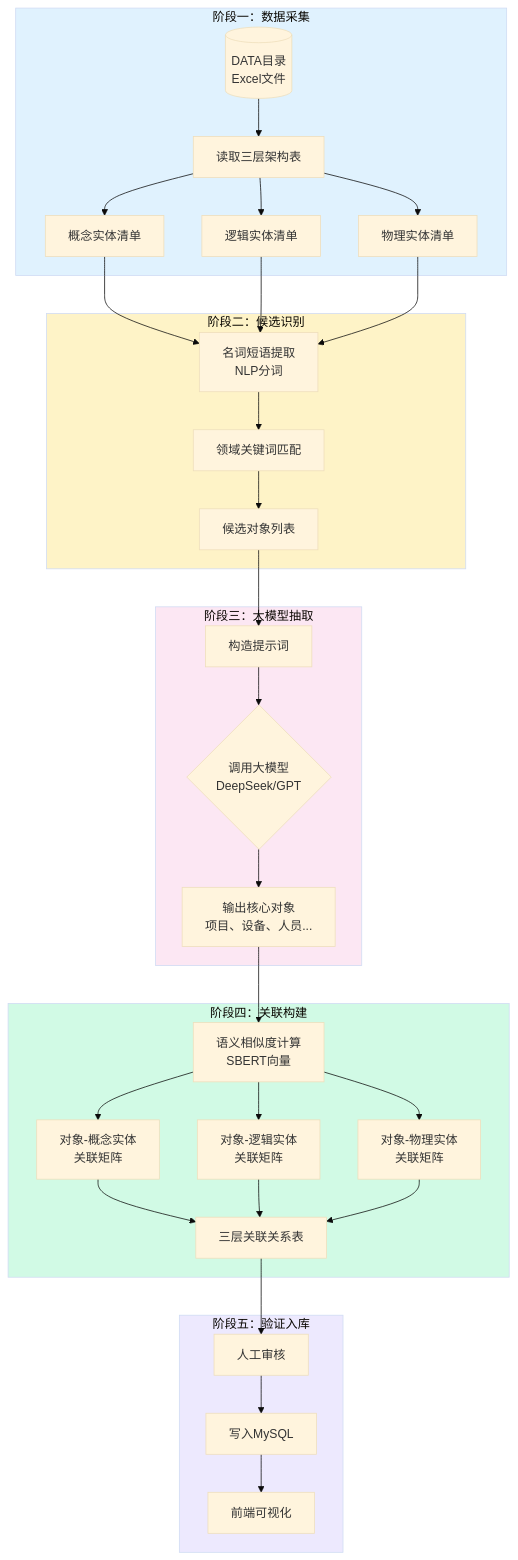
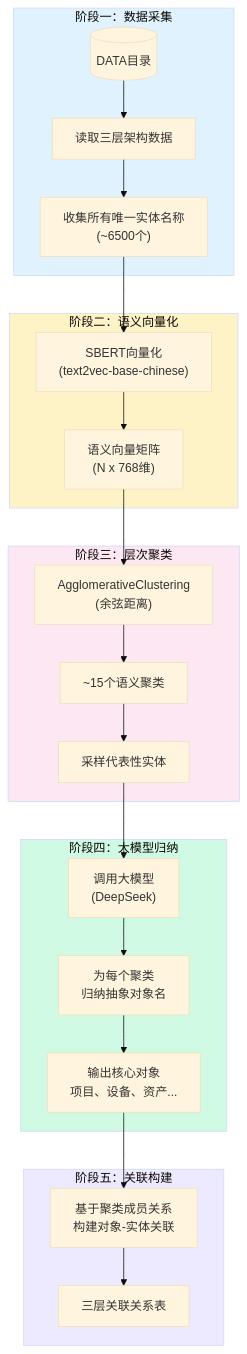
One commit to qqyjx/YIMO changed the fourth of 4 diagrams in README.md. Above: the diagram before and after it, drawn with Mermaid. The commit also changed other lines of this file and 3 other files, not shown here.

````diff
--- a/README.md
+++ b/README.md
@@ -340,42 +350,36 @@
 ```mermaid
 %%{init: {'theme': 'base'}}%%
 flowchart TB
     subgraph Phase1["阶段一：数据采集"]
-        A1[("DATA目录<br/>Excel文件")] --> A2["读取三层架构表"]
-        A2 --> A3["概念实体清单"]
-        A2 --> A4["逻辑实体清单"]
-        A2 --> A5["物理实体清单"]
+        A1[("DATA目录")] --> A2["读取三层架构数据"]
+        A2 --> A3["收集所有唯一实体名称<br/>(~6500个)"]
     end
 
-    subgraph Phase2["阶段二：候选识别"]
-        A3 & A4 & A5 --> B1["名词短语提取<br/>NLP分词"]
-        B1 --> B2["领域关键词匹配"]
-        B2 --> B3["候选对象列表"]
+    subgraph Phase2["阶段二：语义向量化"]
+        A3 --> B1["SBERT向量化<br/>(text2vec-base-chinese)"]
+        B1 --> B2["语义向量矩阵<br/>(N x 768维)"]
     end
 
-    subgraph Phase3["阶段三：大模型抽取"]
-        B3 --> C1["构造提示词"]
-        C1 --> C2{"调用大模型<br/>DeepSeek/GPT"}
-        C2 --> C3["输出核心对象<br/>项目、设备、人员..."]
+    subgraph Phase3["阶段三：层次聚类"]
+        B2 --> C1["AgglomerativeClustering<br/>(余弦距离)"]
+        C1 --> C2["~15个语义聚类"]
+        C2 --> C3["采样代表性实体"]
     end
 
-    subgraph Phase4["阶段四：关联构建"]
-        C3 --> D1["语义相似度计算<br/>SBERT向量"]
-        D1 --> D2["对象-概念实体<br/>关联矩阵"]
-        D1 --> D3["对象-逻辑实体<br/>关联矩阵"]
-        D1 --> D4["对象-物理实体<br/>关联矩阵"]
-        D2 & D3 & D4 --> D5["三层关联关系表"]
+    subgraph Phase4["阶段四：大模型归纳"]
+        C3 --> D1["调用大模型<br/>(DeepSeek)"]
+        D1 --> D2["为每个聚类<br/>归纳抽象对象名"]
+        D2 --> D3["输出核心对象<br/>项目、设备、资产..."]
     end
 
-    subgraph Phase5["阶段五：验证入库"]
-        D5 --> E1["人工审核"]
-        E1 --> E2["写入MySQL"]
-        E2 --> E3["前端可视化"]
+    subgraph Phase5["阶段五：关联构建"]
+        D3 --> E1["基于聚类成员关系<br/>构建对象-实体关联"]
+        E1 --> E2["三层关联关系表"]
     end
 
     style Phase1 fill:#e0f2fe
     style Phase2 fill:#fef3c7
     style Phase3 fill:#fce7f3
     style Phase4 fill:#d1fae5
     style Phase5 fill:#ede9fe
 ```
````
